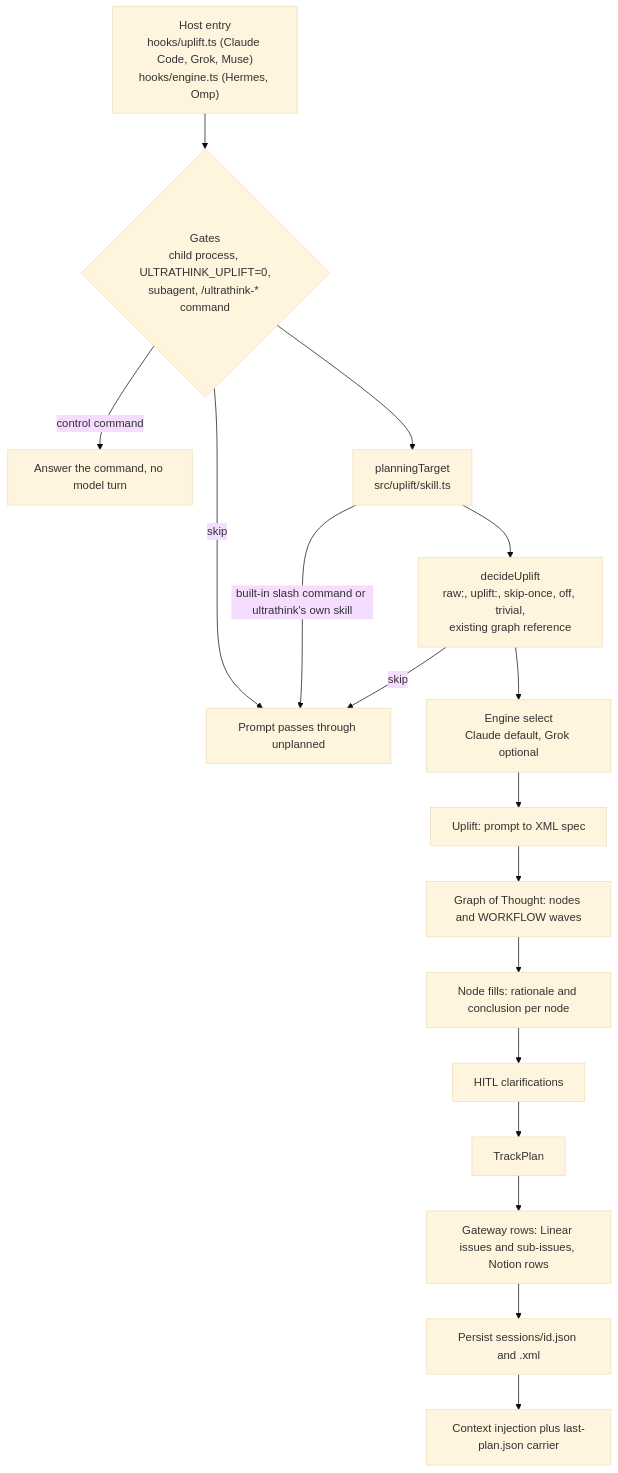
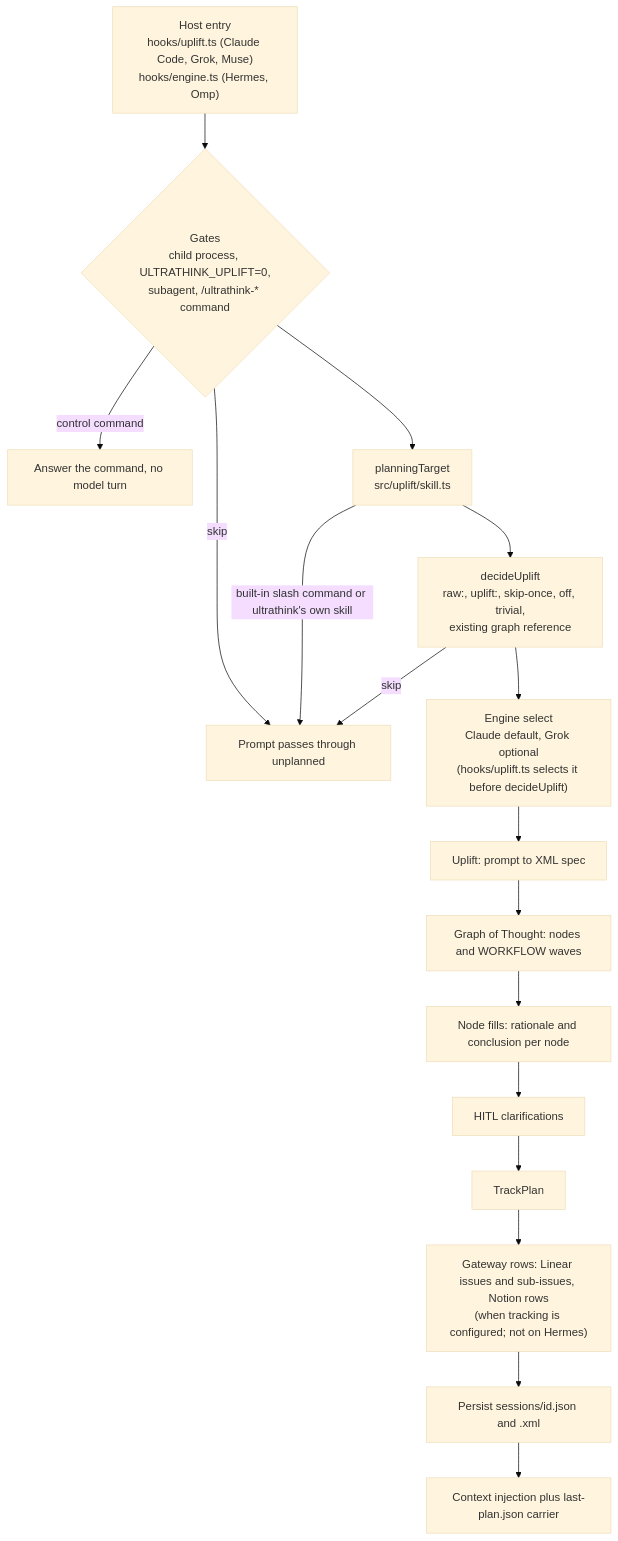
Before and after one commit to swcstudiospace/claude-ultrathink: the second of 9 diagrams in docs/architecture.md, drawn with Mermaid (base theme). The commit also changed other lines of this file and 102 other files, not shown here.

````diff
--- a/docs/architecture.md
+++ b/docs/architecture.md
@@ -16,19 +91,19 @@
 ```mermaid
 flowchart TD
     A["Host entry<br/>hooks/uplift.ts (Claude Code, Grok, Muse)<br/>hooks/engine.ts (Hermes, Omp)"] --> B{"Gates<br/>child process, ULTRATHINK_UPLIFT=0,<br/>subagent, /ultrathink-* command"}
     B -- "control command" --> R["Answer the command, no model turn"]
     B -- "skip" --> Z["Prompt passes through unplanned"]
     B --> C["planningTarget<br/>src/uplift/skill.ts"]
     C -- "built-in slash command or ultrathink's own skill" --> Z
     C --> D["decideUplift<br/>raw:, uplift:, skip-once, off, trivial,<br/>existing graph reference"]
     D -- "skip" --> Z
-    D --> E["Engine select<br/>Claude default, Grok optional"]
+    D --> E["Engine select<br/>Claude default, Grok optional<br/>(hooks/uplift.ts selects it before decideUplift)"]
     E --> F["Uplift: prompt to XML spec"]
     F --> G["Graph of Thought: nodes and WORKFLOW waves"]
     G --> H["Node fills: rationale and conclusion per node"]
     H --> I["HITL clarifications"]
     I --> J["TrackPlan"]
-    J --> K["Gateway rows: Linear issues and sub-issues, Notion rows"]
+    J --> K["Gateway rows: Linear issues and sub-issues, Notion rows<br/>(when tracking is configured; not on Hermes)"]
     K --> L["Persist sessions/id.json and .xml"]
     L --> M["Context injection plus last-plan.json carrier"]
 ```
````
